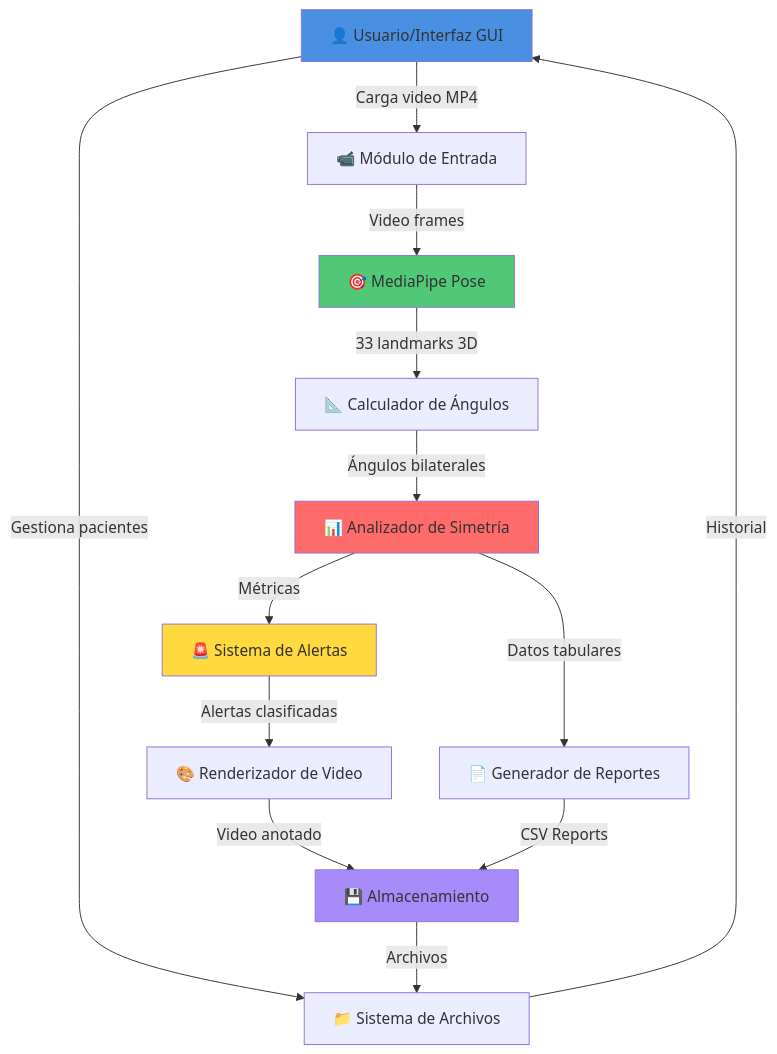
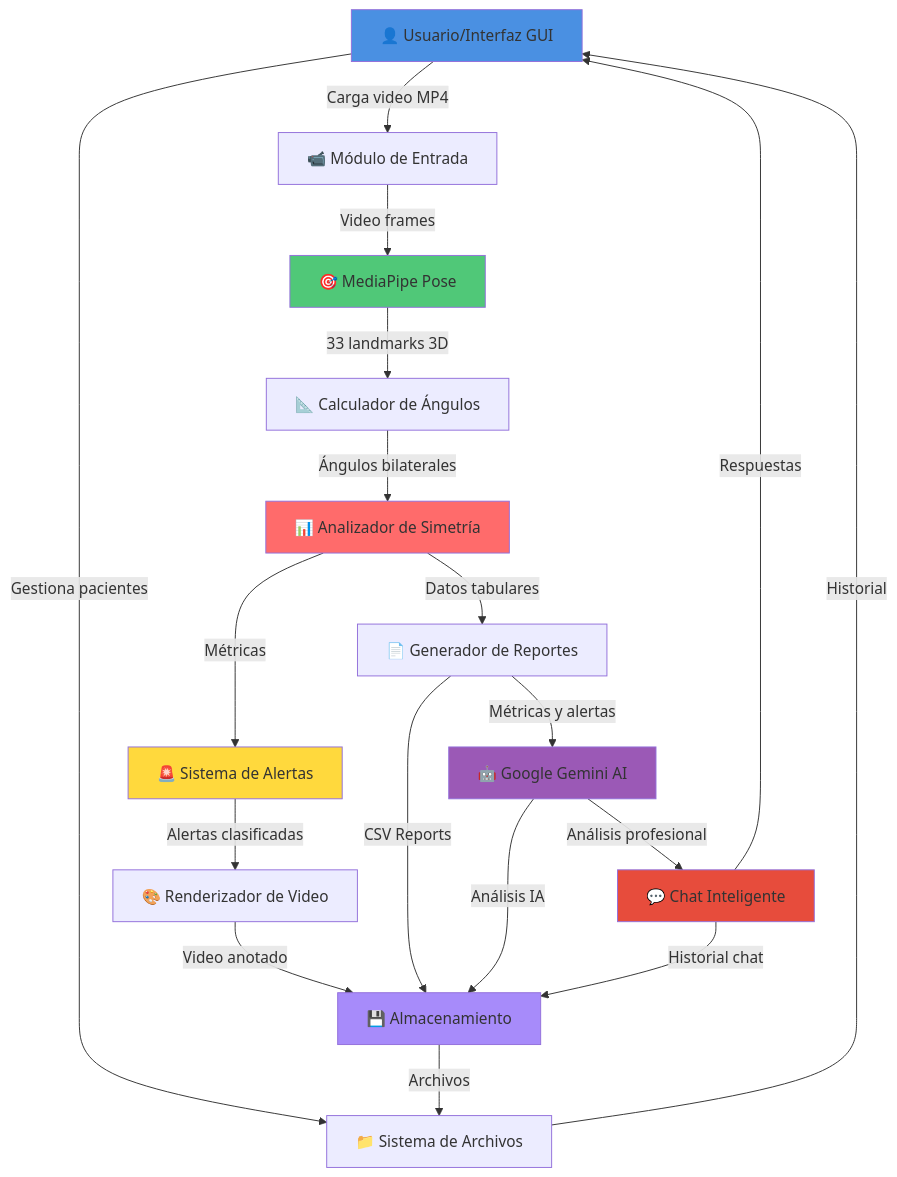
The diagram in README.md (Paulito1546/Proyecto-ComputacionVisual), drawn with Mermaid before and after one commit. The commit also changed other lines of this file, not shown here.

````diff
--- a/README.md
+++ b/README.md
@@ -107,26 +127,34 @@
 ```mermaid
 graph TD
     A[👤 Usuario/Interfaz GUI] -->|Carga video MP4| B[📹 Módulo de Entrada]
     A -->|Gestiona pacientes| C[📁 Sistema de Archivos]
     
     B -->|Video frames| D[🎯 MediaPipe Pose]
     D -->|33 landmarks 3D| E[📐 Calculador de Ángulos]
     
     E -->|Ángulos bilaterales| F[📊 Analizador de Simetría]
     F -->|Métricas| G[🚨 Sistema de Alertas]
     
     G -->|Alertas clasificadas| H[🎨 Renderizador de Video]
     F -->|Datos tabulares| I[📄 Generador de Reportes]
     
+    I -->|Métricas y alertas| K[🤖 Google Gemini AI]
+    K -->|Análisis profesional| L[💬 Chat Inteligente]
+    
     H -->|Video anotado| J[💾 Almacenamiento]
     I -->|CSV Reports| J
+    K -->|Análisis IA| J
+    L -->|Historial chat| J
     
     J -->|Archivos| C
     C -->|Historial| A
+    L -->|Respuestas| A
     
     style A fill:#4a90e2
     style D fill:#50c878
     style F fill:#ff6b6b
     style G fill:#ffd93d
+    style K fill:#9b59b6
+    style L fill:#e74c3c
     style J fill:#a78bfa
 ```
````
